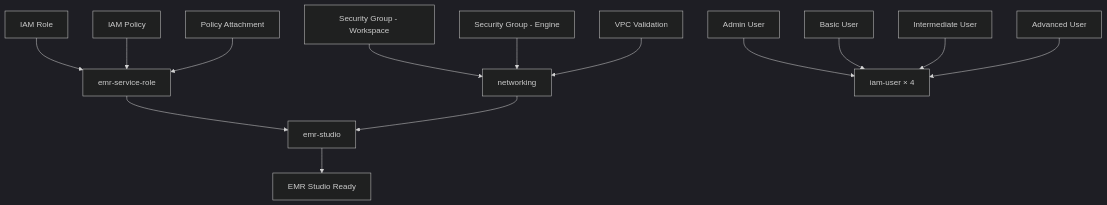
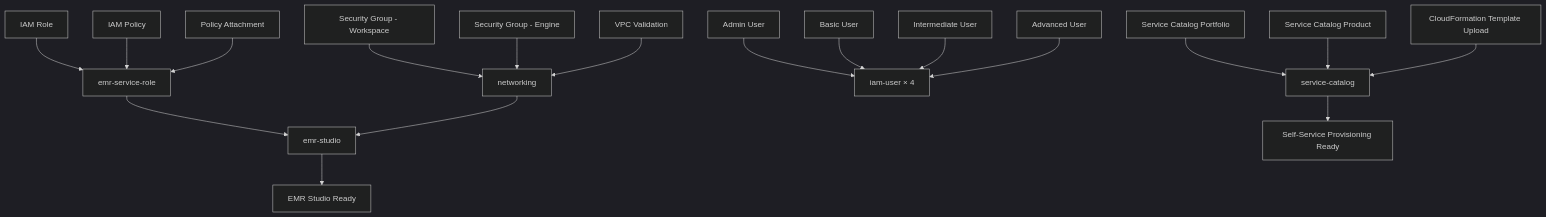
The diagram in emr-mgmt/emr-studio/README.md (mabemeira/aws-and-chill), drawn with Mermaid (dark theme) before and after one commit. The commit also changed other lines of this file, not shown here.

````diff
--- a/emr-mgmt/emr-studio/README.md
+++ b/emr-mgmt/emr-studio/README.md
@@ -84,20 +96,26 @@
 ```mermaid
 graph TD
     A[emr-service-role] --> D[emr-studio]
     B[networking] --> D
     C[iam-user × 4] 
+    SC[service-catalog]
     D --> E[EMR Studio Ready]
+    SC --> F[Self-Service Provisioning Ready]
     
     A1[IAM Role] --> A
     A2[IAM Policy] --> A
     A3[Policy Attachment] --> A
     
     B1[Security Group - Workspace] --> B
     B2[Security Group - Engine] --> B
     B3[VPC Validation] --> B
     
     C1[Admin User] --> C
     C2[Basic User] --> C
     C3[Intermediate User] --> C
     C4[Advanced User] --> C
+    
+    SC1[Service Catalog Portfolio] --> SC
+    SC2[Service Catalog Product] --> SC
+    SC3[CloudFormation Template Upload] --> SC
 ```
````
